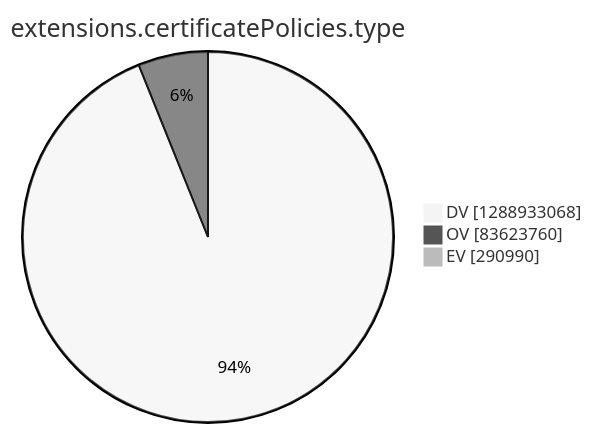
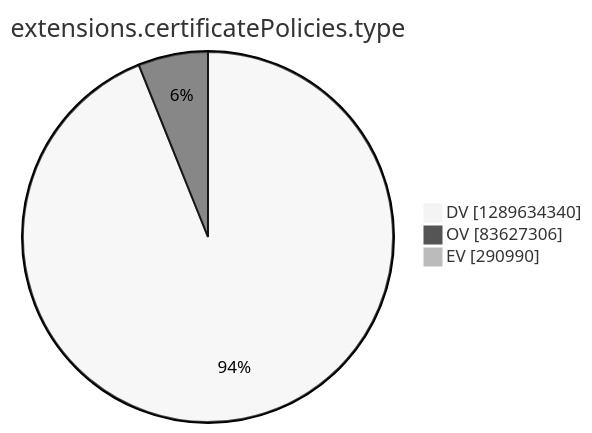
One commit to christiankrug/ctmonitor_visualization changed the tenth of 15 diagrams in argon2022/README.md. Above: the diagram before and after it, drawn with Mermaid (neutral theme). The commit also changed other lines of this file, not shown here.

````diff
--- a/argon2022/README.md
+++ b/argon2022/README.md
@@ -2771,7 +2771,7 @@
 ```mermaid
 pie showData
 title extensions.certificatePolicies.type
-"DV" :1288933068
-"OV" :83623760
+"DV" :1289634340
+"OV" :83627306
 "EV" :290990
 ```
````
